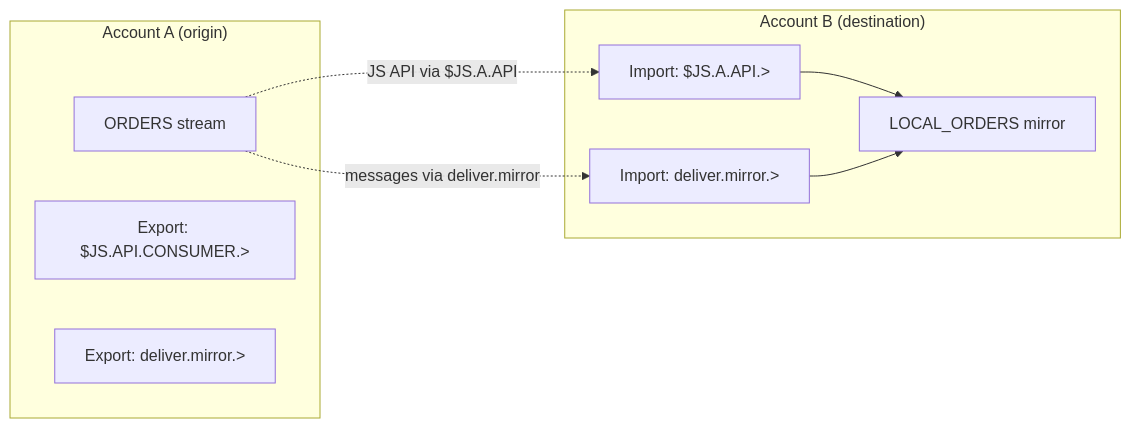
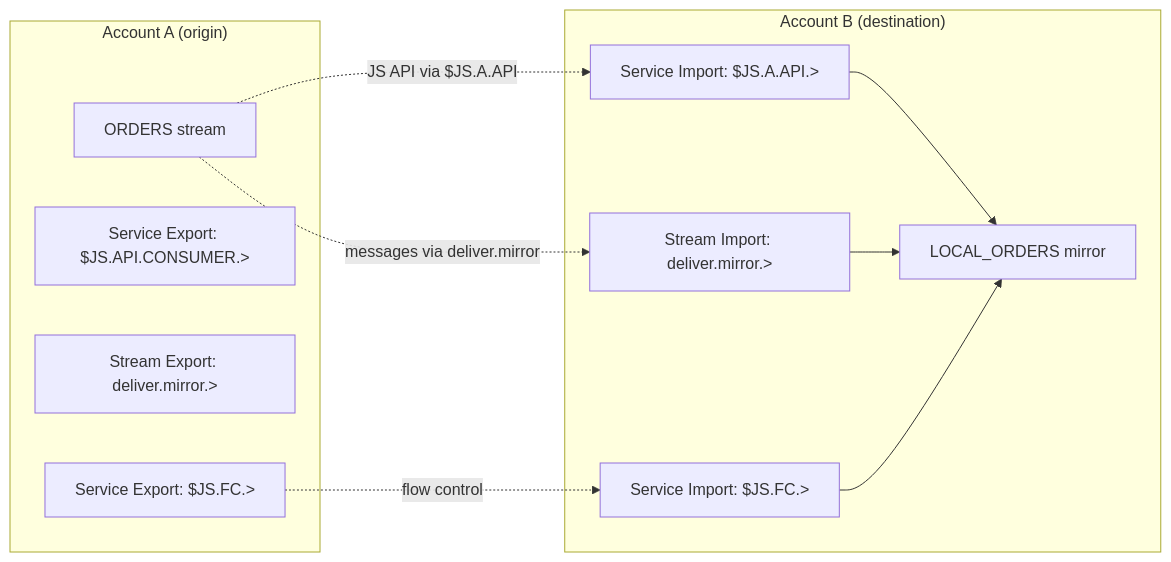
One commit to nats-io/nats-architecture-and-design changed the third of 3 diagrams in adr/ADR-59.md. Above: the diagram before and after it, drawn with Mermaid. The commit also changed other lines of this file, not shown here.

````diff
--- a/adr/ADR-59.md
+++ b/adr/ADR-59.md
@@ -405,19 +420,23 @@
 ```mermaid
 graph LR
     subgraph "Account A (origin)"
         S[ORDERS stream]
-        E1[Export: $JS.API.CONSUMER.>]
-        E2[Export: deliver.mirror.>]
+        E1[Service Export: $JS.API.CONSUMER.>]
+        E2[Stream Export: deliver.mirror.>]
+        E3[Service Export: $JS.FC.>]
     end
 
     subgraph "Account B (destination)"
-        I1[Import: $JS.A.API.>]
-        I2[Import: deliver.mirror.>]
+        I1[Service Import: $JS.A.API.>]
+        I2[Stream Import: deliver.mirror.>]
+        I3[Service Import: $JS.FC.>]
         M[LOCAL_ORDERS mirror]
     end
 
     S -.->|JS API via $JS.A.API| I1
     S -.->|messages via deliver.mirror| I2
+    E3 -.->|flow control| I3
     I1 --> M
     I2 --> M
+    I3 --> M
 ```
````
